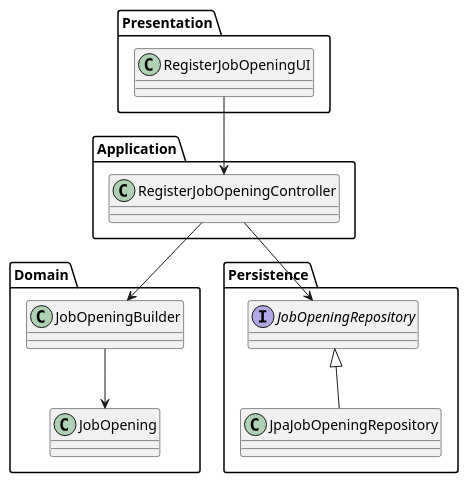
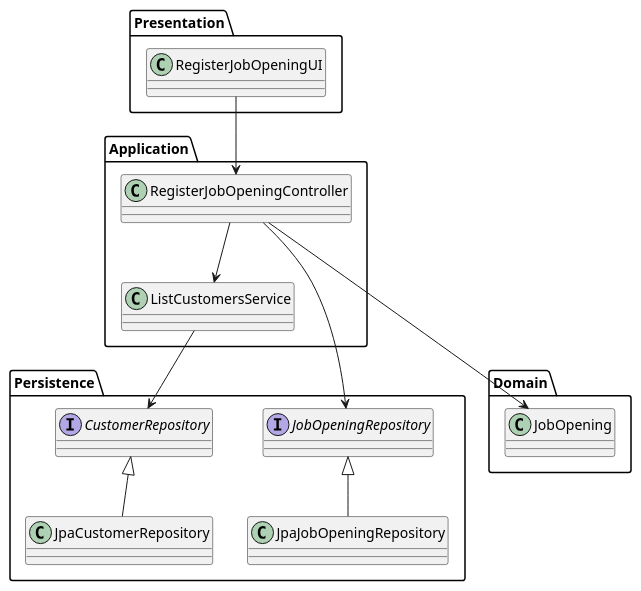
One commit to Goncalves2525/Jobs4U-Talent-Acquisition-Management-System changed the diagram in docs/Sprint B/us_1002/class-diagram-01.puml. Above: the diagram before and after it, drawn with PlantUML. The commit also changed 28 other files, not shown here.

```diff
--- a/docs/Sprint B/us_1002/class-diagram-01.puml
+++ b/docs/Sprint B/us_1002/class-diagram-01.puml
@@ -1,29 +1,33 @@
 @startuml
 
 package Presentation {
     class RegisterJobOpeningUI
 }
 
 package Domain {
     class JobOpening
-    class JobOpeningBuilder
 }
 
 package Persistence {
     class JpaJobOpeningRepository
+    class JpaCustomerRepository
     interface JobOpeningRepository
+    interface CustomerRepository
 }
 
 package Application {
     class RegisterJobOpeningController
+    class ListCustomersService
 }
 
 
 
 Presentation.RegisterJobOpeningUI --> Application.RegisterJobOpeningController
 Application.RegisterJobOpeningController --> Persistence.JobOpeningRepository
-Application.RegisterJobOpeningController --> Domain.JobOpeningBuilder
-Domain.JobOpeningBuilder --> Domain.JobOpening
 Persistence.JobOpeningRepository <|-- Persistence.JpaJobOpeningRepository
+Persistence.CustomerRepository <|-- Persistence.JpaCustomerRepository
+Application.RegisterJobOpeningController --> Application.ListCustomersService
+Application.ListCustomersService --> Persistence.CustomerRepository
+Application.RegisterJobOpeningController ---> Domain.JobOpening
 
 @enduml
```
